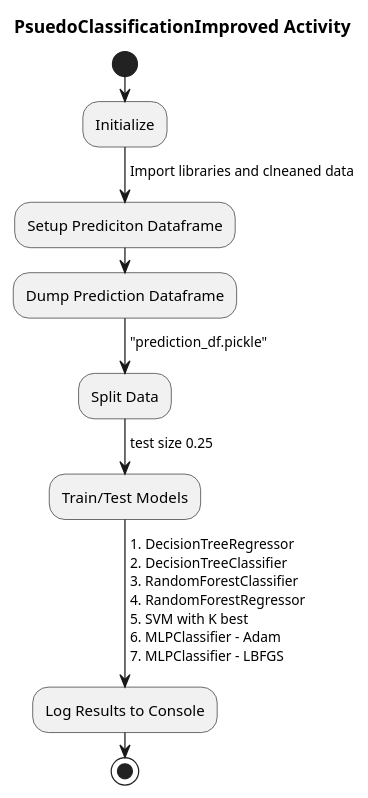
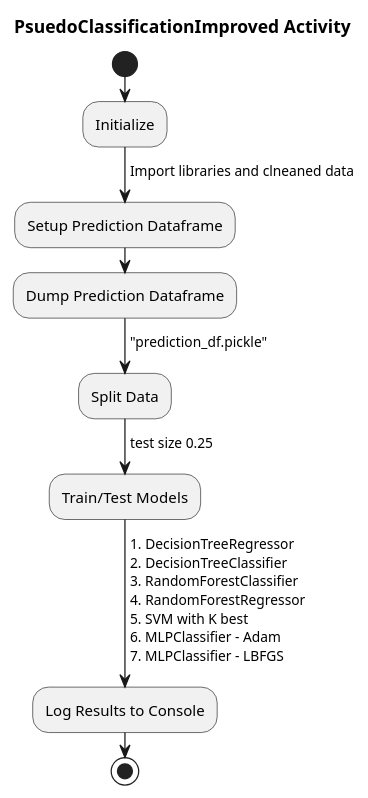
One commit to benjobean123/Thesis changed the diagram in Code/diagrams/PsuedoClassificationImprovedActivity.wsd. Above: the diagram before and after it, drawn with PlantUML. The commit also changed 7 other files, not shown here.

Commit message:
corrected typos in diagrams

```diff
--- a/Code/diagrams/PsuedoClassificationImprovedActivity.wsd
+++ b/Code/diagrams/PsuedoClassificationImprovedActivity.wsd
@@ -1,29 +1,29 @@
 @startuml PsuedoClassificationImproved Activity
 
 title PsuedoClassificationImproved Activity
 start
 :Initialize;
 -> Import libraries and clneaned data;
 
-:Setup Prediciton Dataframe;
+:Setup Prediction Dataframe;
 ->;
 
 :Dump Prediction Dataframe;
 ->"prediction_df.pickle";
 
 :Split Data;
 ->test size 0.25;
 
 :Train/Test Models;
 ->1. DecisionTreeRegressor
 2. DecisionTreeClassifier
 3. RandomForestClassifier
 4. RandomForestRegressor
 5. SVM with K best
 6. MLPClassifier - Adam
 7. MLPClassifier - LBFGS;
 
 :Log Results to Console;
 
 stop
 @enduml
```
